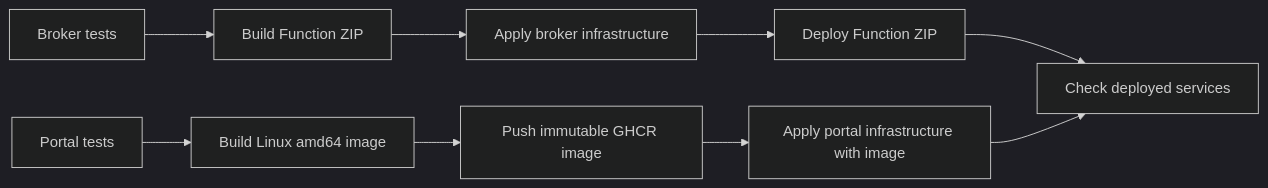
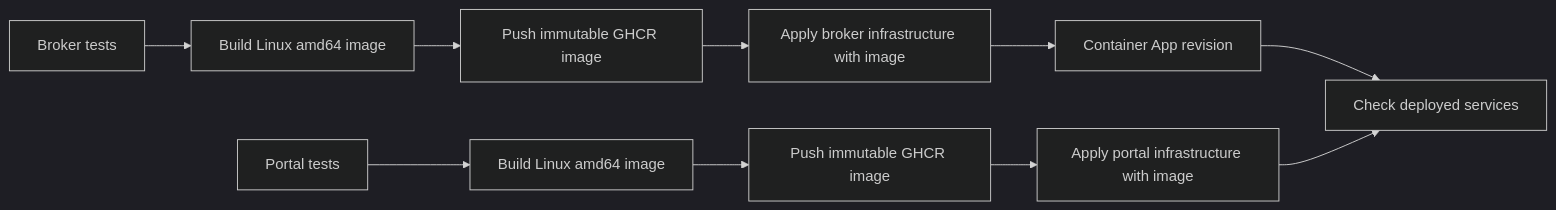
The third of 3 diagrams in docs/18-azure-deployment-automation.md (TheCloudPlumbingCo/slop-factory-pieces), drawn with Mermaid (dark theme) before and after one commit. The commit also changed other lines of this file and 42 other files, not shown here.

First line of the commit message:
Run the Azure broker as one Container App: no Service Bus, no sweep

````diff
--- a/docs/18-azure-deployment-automation.md
+++ b/docs/18-azure-deployment-automation.md
@@ -253,11 +253,12 @@
 ```mermaid
 flowchart LR
-  BT[Broker tests] --> BB[Build Function ZIP]
-  BB --> BI[Apply broker infrastructure]
-  BI --> BZ[Deploy Function ZIP]
+  BT[Broker tests] --> BB[Build Linux amd64 image]
+  BB --> BP[Push immutable GHCR image]
+  BP --> BI[Apply broker infrastructure with image]
+  BI --> BZ[Container App revision]
   PT[Portal tests] --> PB[Build Linux amd64 image]
   PB --> PP[Push immutable GHCR image]
   PP --> PI[Apply portal infrastructure with image]
   BZ --> V[Check deployed services]
   PI --> V
 ```
````
